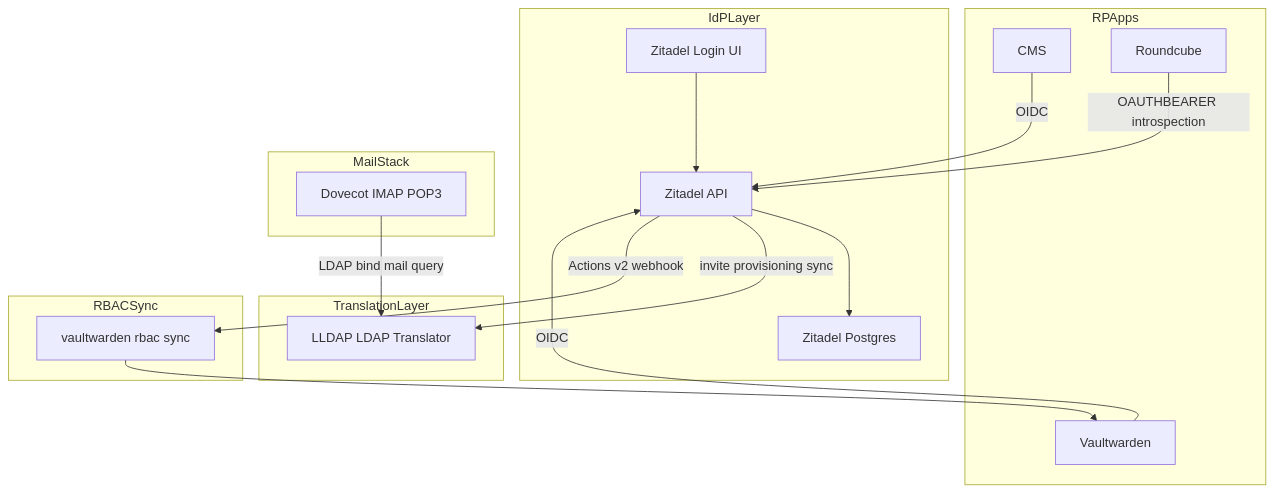
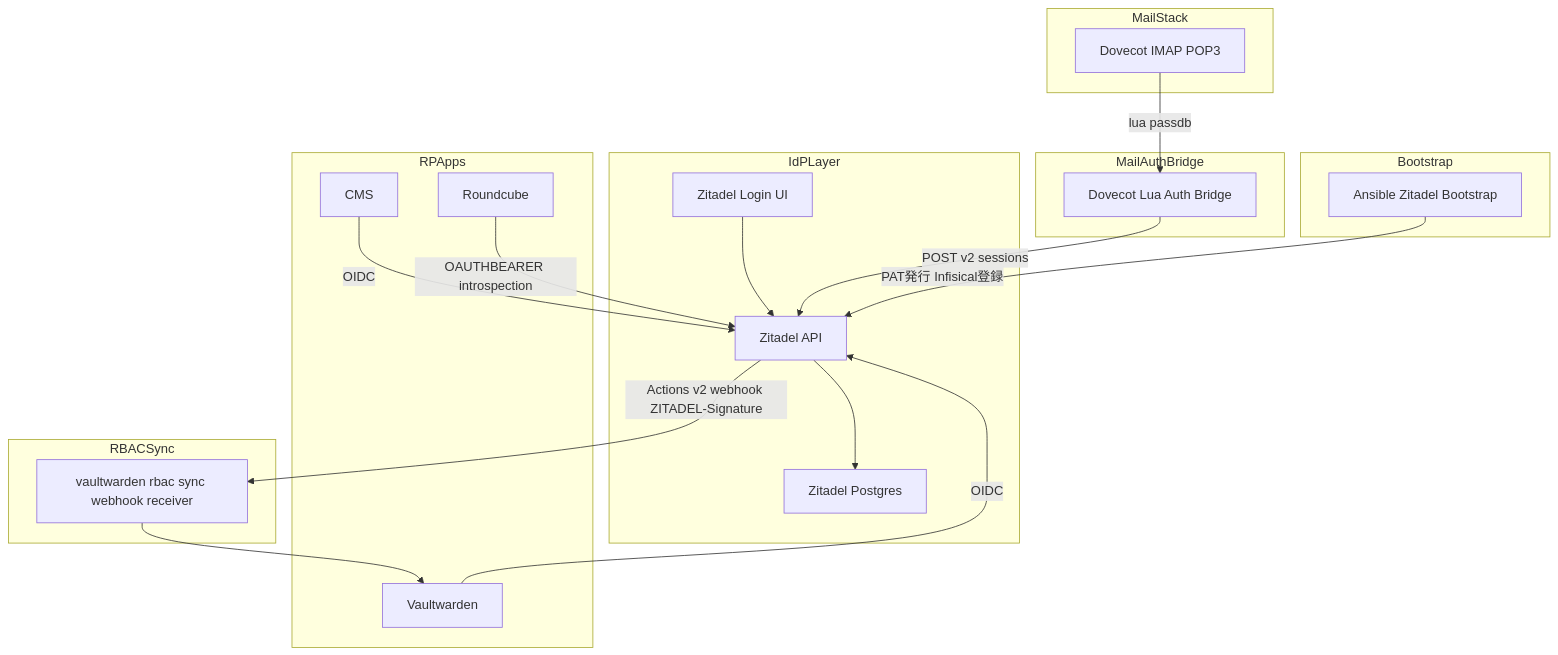
The first of 6 diagrams in .kiro/specs/idp-migration-zitadel/design.md (aramakisai/aramakisai-infra), drawn with Mermaid before and after one commit. The commit also changed other lines of this file and 3 other files, not shown here.

````diff
--- a/.kiro/specs/idp-migration-zitadel/design.md
+++ b/.kiro/specs/idp-migration-zitadel/design.md
@@ -64,32 +65,36 @@
 ```mermaid
 graph TB
     subgraph IdPLayer
         ZitadelAPI[Zitadel API]
         ZitadelLogin[Zitadel Login UI]
         ZitadelDB[Zitadel Postgres]
     end
-    subgraph TranslationLayer
-        LLDAP[LLDAP LDAP Translator]
+    subgraph MailAuthBridge
+        LuaAuth[Dovecot Lua Auth Bridge]
     end
     subgraph RPApps
         CMS[CMS]
         Vaultwarden[Vaultwarden]
         Roundcube[Roundcube]
     end
     subgraph MailStack
         Dovecot[Dovecot IMAP POP3]
     end
     subgraph RBACSync
-        VaultwardenRbacSync[vaultwarden rbac sync]
+        VaultwardenRbacSync[vaultwarden rbac sync webhook receiver]
+    end
+    subgraph Bootstrap
+        AnsibleBootstrap[Ansible Zitadel Bootstrap]
     end
 
     ZitadelLogin --> ZitadelAPI
     ZitadelAPI --> ZitadelDB
     CMS -->|OIDC| ZitadelAPI
     Vaultwarden -->|OIDC| ZitadelAPI
     Roundcube -->|OAUTHBEARER introspection| ZitadelAPI
-    Dovecot -->|LDAP bind mail query| LLDAP
-    ZitadelAPI -->|invite provisioning sync| LLDAP
-    ZitadelAPI -->|Actions v2 webhook| VaultwardenRbacSync
+    Dovecot -->|lua passdb| LuaAuth
+    LuaAuth -->|POST v2 sessions| ZitadelAPI
+    ZitadelAPI -->|Actions v2 webhook ZITADEL-Signature| VaultwardenRbacSync
     VaultwardenRbacSync --> Vaultwarden
+    AnsibleBootstrap -->|PAT発行 Infisical登録| ZitadelAPI
 ```
````
